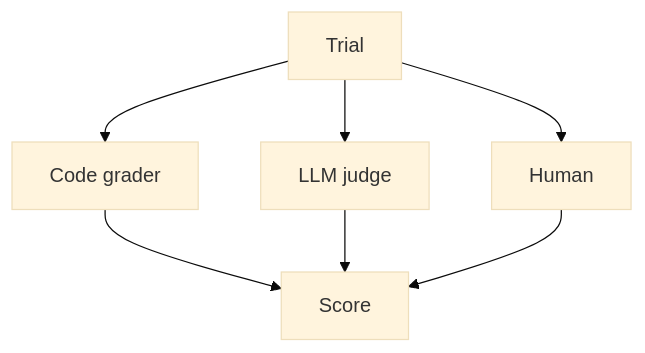
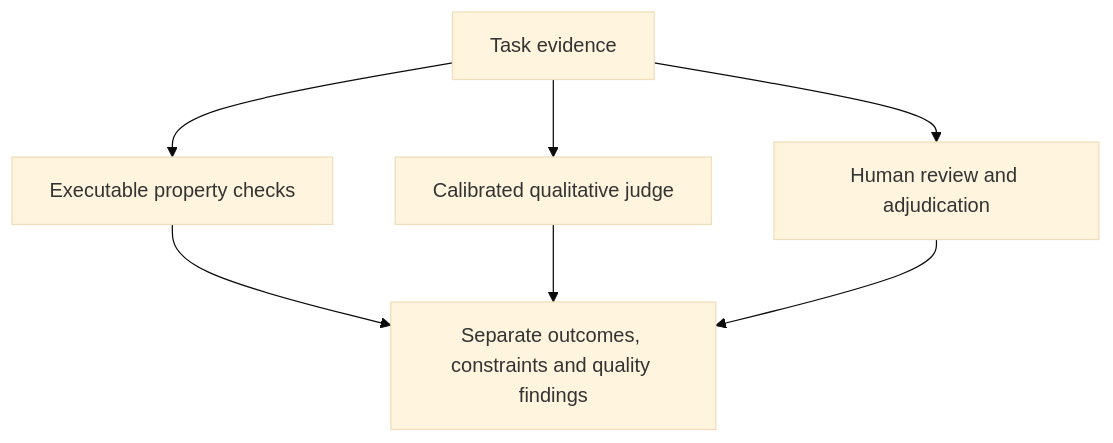
One commit to jdodsoncollins/study-material changed the diagram in lessons/ai-agents/graders/viz/kinds.md. Above: the diagram before and after it, drawn with Mermaid (base theme). The commit also changed 175 other files, not shown here.

````diff
--- a/lessons/ai-agents/graders/viz/kinds.md
+++ b/lessons/ai-agents/graders/viz/kinds.md
@@ -3,9 +3,9 @@
 ```mermaid
 flowchart TB
-  trial[Trial] --> code[Code grader]
-  trial --> model[LLM judge]
-  trial --> human[Human]
-  code --> score[Score]
-  model --> score
-  human --> score
+  evidence[Task evidence] --> code[Executable property checks]
+  evidence --> model[Calibrated qualitative judge]
+  evidence --> human[Human review and adjudication]
+  code --> results[Separate outcomes, constraints and quality findings]
+  model --> results
+  human --> results
 ```
````
